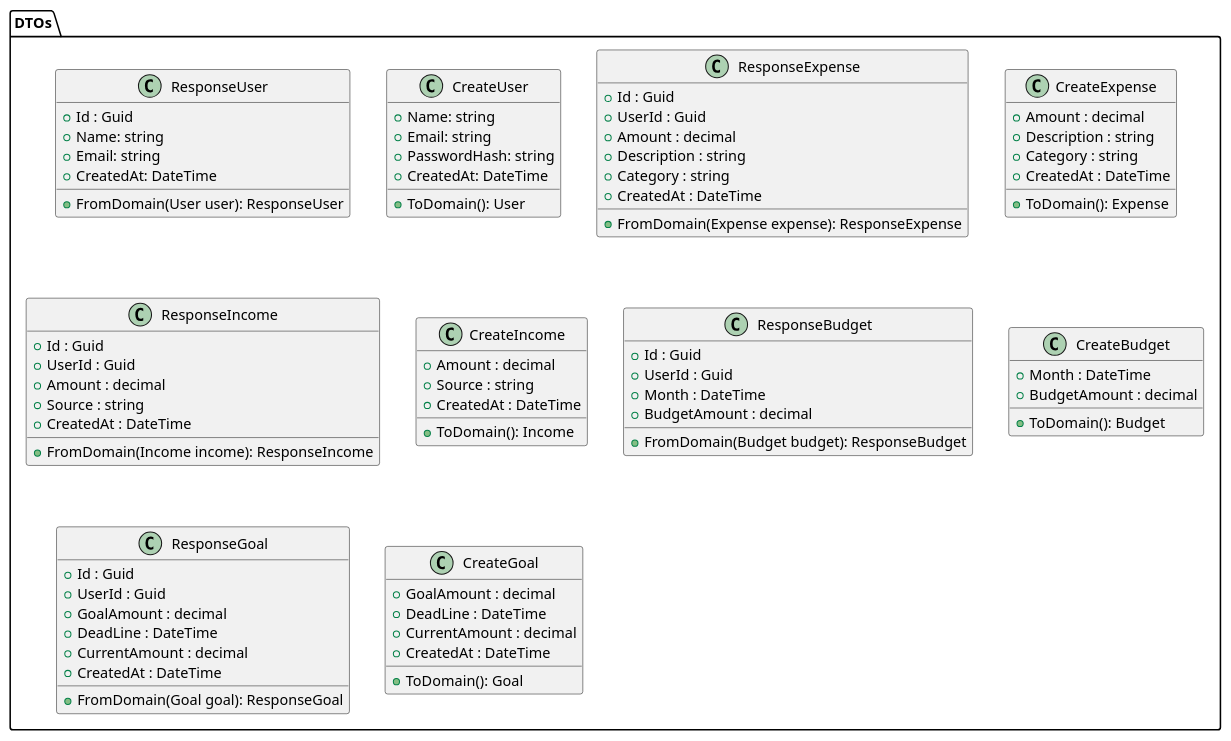
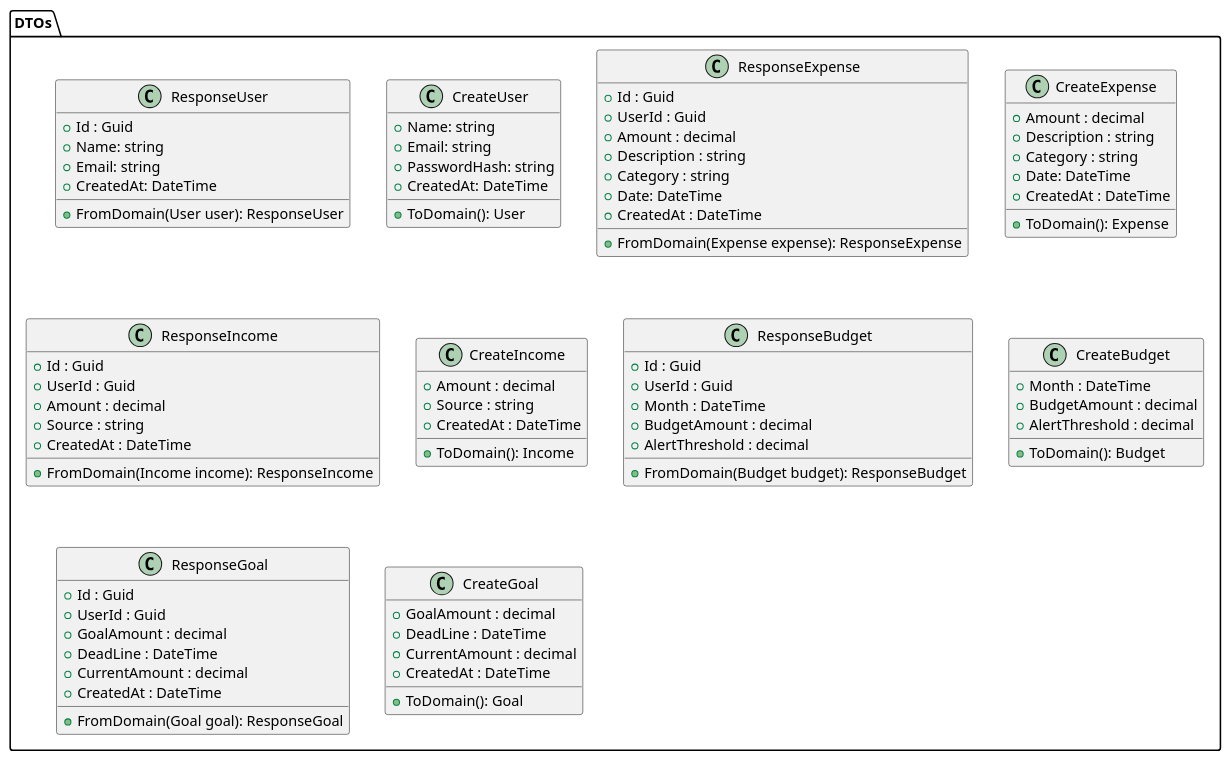
One commit to programacion-6/ExpenseTrackerGroup3 changed the diagram in Design/dtos.puml. Above: the diagram before and after it, drawn with PlantUML. The commit also changed 2 other files, not shown here.

```diff
--- a/Design/dtos.puml
+++ b/Design/dtos.puml
@@ -1,87 +1,91 @@
 @startuml dtos
 
 package "DTOs" {
     class ResponseUser {
         + Id : Guid
         + Name: string
         + Email: string
         + CreatedAt: DateTime
         + FromDomain(User user): ResponseUser
     }
 
     class CreateUser {
         + Name: string
         + Email: string
         + PasswordHash: string
         + CreatedAt: DateTime
         + ToDomain(): User
     }
 
     class ResponseExpense {
         + Id : Guid
         + UserId : Guid
         + Amount : decimal
         + Description : string
         + Category : string
+        + Date: DateTime
         + CreatedAt : DateTime
         + FromDomain(Expense expense): ResponseExpense
     }
 
     class CreateExpense {
         + Amount : decimal
         + Description : string
         + Category : string
+        + Date: DateTime
         + CreatedAt : DateTime
         + ToDomain(): Expense
     }
 
     class ResponseIncome {
         + Id : Guid
         + UserId : Guid
         + Amount : decimal
         + Source : string
         + CreatedAt : DateTime
         + FromDomain(Income income): ResponseIncome
     }
 
     class CreateIncome {
         + Amount : decimal
         + Source : string
         + CreatedAt : DateTime
         + ToDomain(): Income
     }
 
     class ResponseBudget {
         + Id : Guid
         + UserId : Guid
         + Month : DateTime
         + BudgetAmount : decimal
+        + AlertThreshold : decimal
         + FromDomain(Budget budget): ResponseBudget
     }
 
     class CreateBudget {
         + Month : DateTime
         + BudgetAmount : decimal
+        + AlertThreshold : decimal
         + ToDomain(): Budget
     }
 
     class ResponseGoal {
         + Id : Guid
         + UserId : Guid
         + GoalAmount : decimal
         + DeadLine : DateTime
         + CurrentAmount : decimal
         + CreatedAt : DateTime
         + FromDomain(Goal goal): ResponseGoal
     }
 
     class CreateGoal {
         + GoalAmount : decimal
         + DeadLine : DateTime
         + CurrentAmount : decimal
         + CreatedAt : DateTime
         + ToDomain(): Goal
     }
 }
 
 @enduml
```
